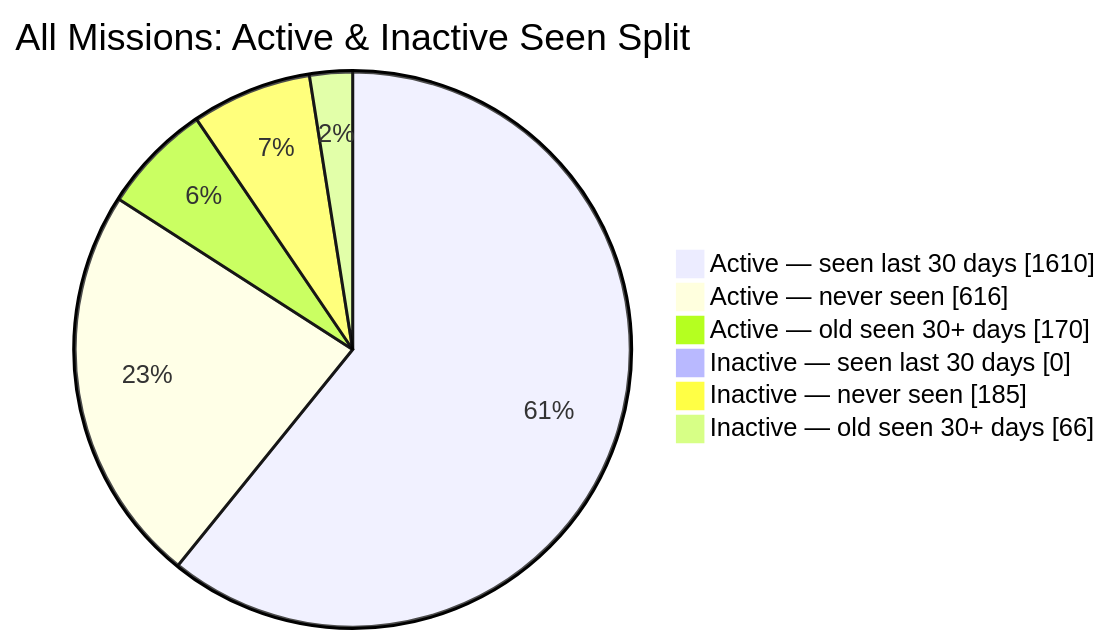
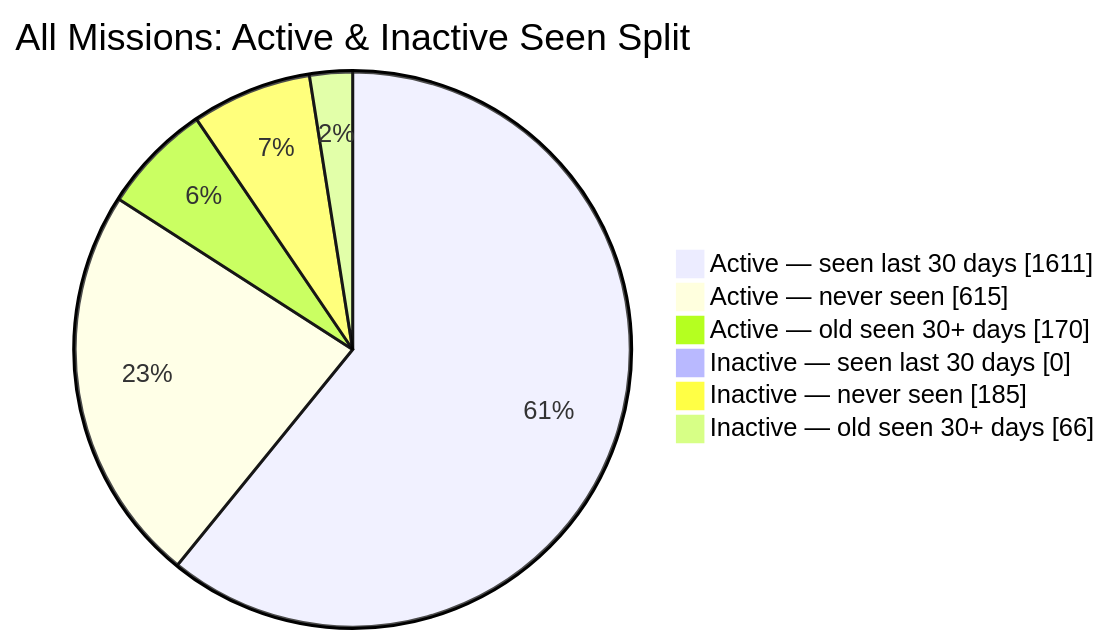
The second of 2 diagrams in README.md (MeldkamerspelGameTeam/active-missions), drawn with Mermaid before and after one commit. The commit also changed other lines of this file and 2 other files, not shown here.

````diff
--- a/README.md
+++ b/README.md
@@ -44,10 +44,10 @@
 ```mermaid
 pie showData
     title All Missions: Active & Inactive Seen Split
-    "Active — seen last 30 days" : 1610
-    "Active — never seen" : 616
+    "Active — seen last 30 days" : 1611
+    "Active — never seen" : 615
     "Active — old seen 30+ days" : 170
     "Inactive — seen last 30 days" : 0
     "Inactive — never seen" : 185
     "Inactive — old seen 30+ days" : 66
 ```
````
